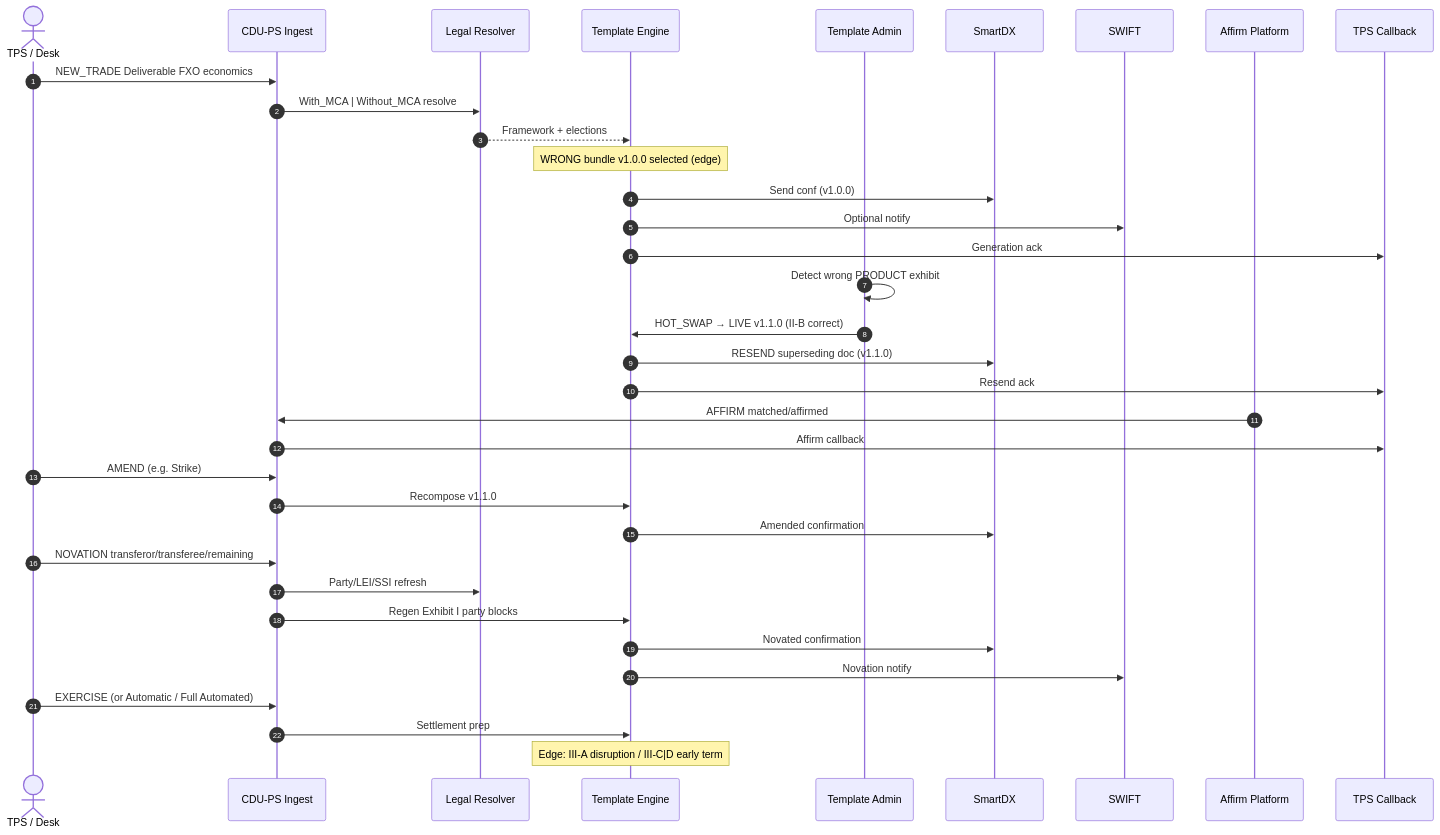
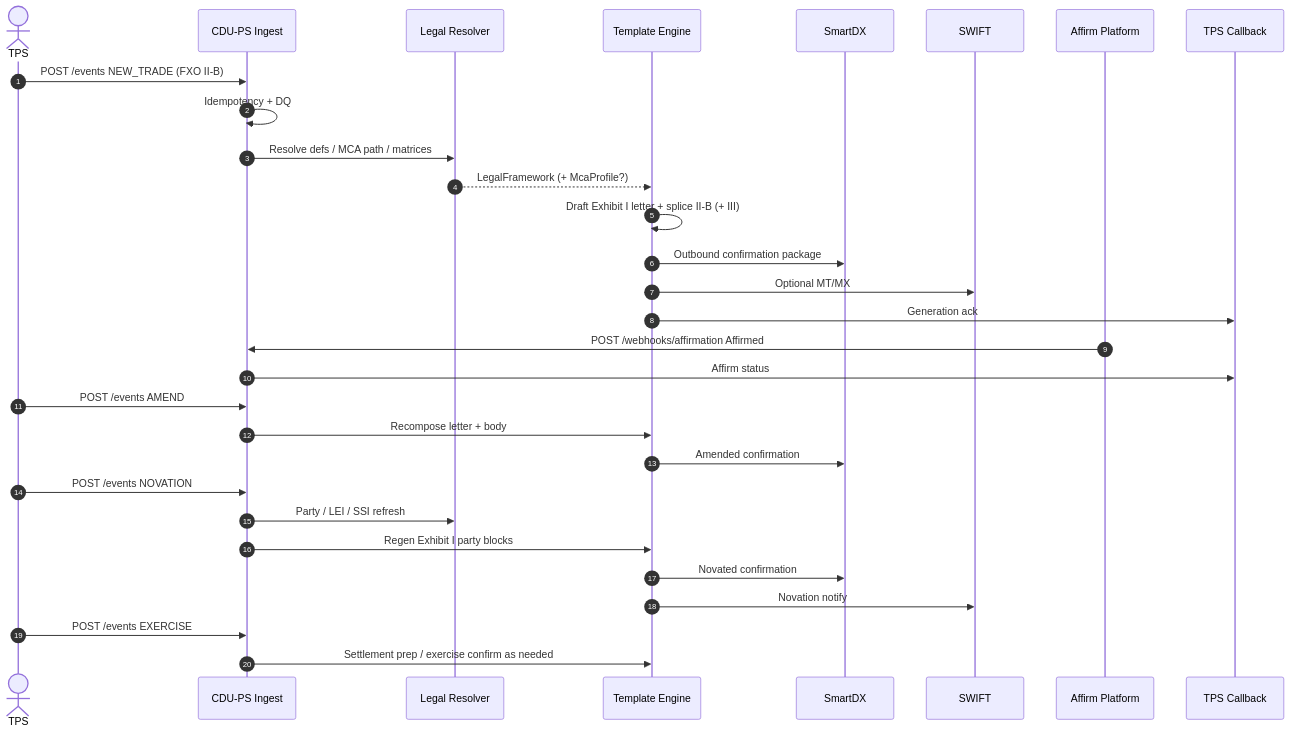
The fifth of 9 diagrams in docs/prd-cdu-ps-v1.md (dae-nan/con4m8ions), drawn with Mermaid before and after one commit. The commit also changed other lines of this file and 6 other files, not shown here.

First line of the commit message:
Enhance Phase 1 PRD: UC2.0, split sequences, Exhibit I letter, mocks

````diff
--- a/docs/prd-cdu-ps-v1.md
+++ b/docs/prd-cdu-ps-v1.md
@@ -257,43 +401,37 @@
 ```mermaid
 sequenceDiagram
   autonumber
-  actor Desk as TPS / Desk
+  actor TPS
   participant Ingest as CDU-PS Ingest
   participant Legal as Legal Resolver
   participant Eng as Template Engine
-  participant Admin as Template Admin
   participant SDX as SmartDX
   participant SWIFT as SWIFT
   participant Affirm as Affirm Platform
   participant CB as TPS Callback
 
-  Desk->>Ingest: NEW_TRADE Deliverable FXO economics
-  Ingest->>Legal: With_MCA | Without_MCA resolve
-  Legal-->>Eng: Framework + elections
-  Note over Eng: WRONG bundle v1.0.0 selected (edge)
-  Eng->>SDX: Send conf (v1.0.0)
-  Eng->>SWIFT: Optional notify
+  TPS->>Ingest: POST /events NEW_TRADE (FXO II-B)
+  Ingest->>Ingest: Idempotency + DQ
+  Ingest->>Legal: Resolve defs / MCA path / matrices
+  Legal-->>Eng: LegalFramework (+ McaProfile?)
+  Eng->>Eng: Draft Exhibit I letter + splice II-B (+ III)
+  Eng->>SDX: Outbound confirmation package
+  Eng->>SWIFT: Optional MT/MX
   Eng->>CB: Generation ack
 
-  Admin->>Admin: Detect wrong PRODUCT exhibit
-  Admin->>Eng: HOT_SWAP → LIVE v1.1.0 (II-B correct)
-  Eng->>SDX: RESEND superseding doc (v1.1.0)
-  Eng->>CB: Resend ack
+  Affirm->>Ingest: POST /webhooks/affirmation Affirmed
+  Ingest->>CB: Affirm status
 
-  Affirm->>Ingest: AFFIRM matched/affirmed
-  Ingest->>CB: Affirm callback
-
-  Desk->>Ingest: AMEND (e.g. Strike)
-  Ingest->>Eng: Recompose v1.1.0
+  TPS->>Ingest: POST /events AMEND
+  Ingest->>Eng: Recompose letter + body
   Eng->>SDX: Amended confirmation
 
-  Desk->>Ingest: NOVATION transferor/transferee/remaining
-  Ingest->>Legal: Party/LEI/SSI refresh
+  TPS->>Ingest: POST /events NOVATION
+  Ingest->>Legal: Party / LEI / SSI refresh
   Ingest->>Eng: Regen Exhibit I party blocks
   Eng->>SDX: Novated confirmation
   Eng->>SWIFT: Novation notify
 
-  Desk->>Ingest: EXERCISE (or Automatic / Full Automated)
-  Ingest->>Eng: Settlement prep
-  Note over Eng: Edge: III-A disruption / III-C|D early term
+  TPS->>Ingest: POST /events EXERCISE
+  Ingest->>Eng: Settlement prep / exercise confirm as needed
 ```
````
